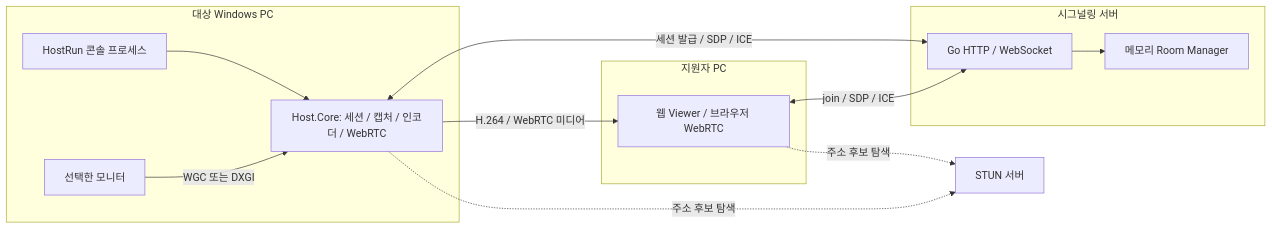
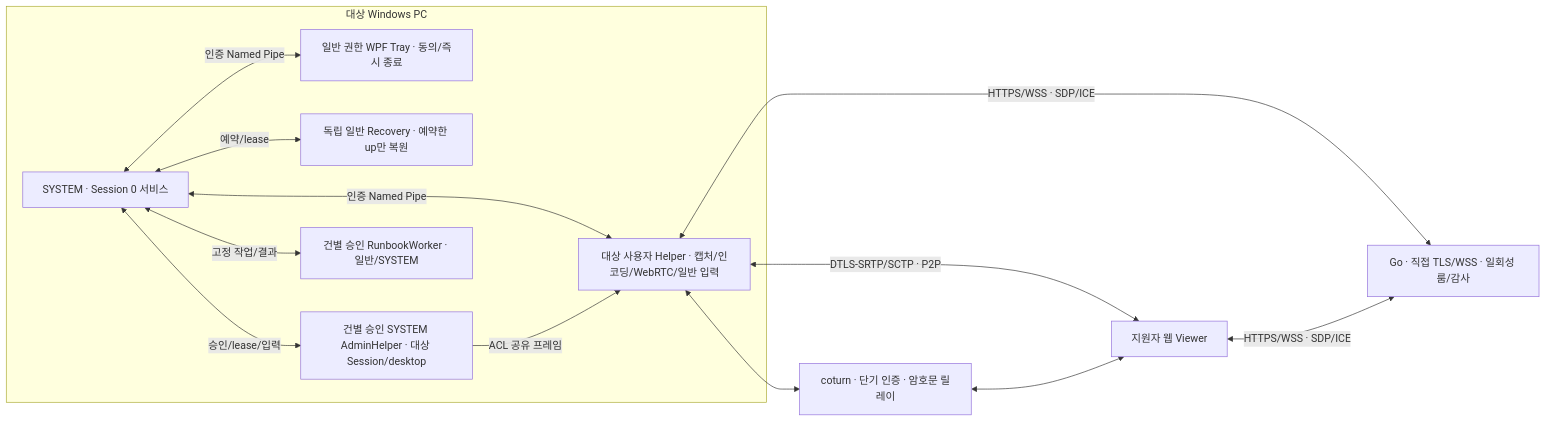
One commit to jacking75/KnockHB changed the diagram in docs/architecture.md. Above: the diagram before and after it, drawn with Mermaid. The commit also changed other lines of this file and 116 other files, not shown here.

````diff
--- a/docs/architecture.md
+++ b/docs/architecture.md
@@ -31,24 +7,25 @@
 ```mermaid
 flowchart LR
-    subgraph target["대상 Windows PC"]
-        host["HostRun 콘솔 프로세스"]
-        core["Host.Core: 세션 / 캡처 / 인코더 / WebRTC"]
-        desktop["선택한 모니터"]
-        host --> core
-        desktop -->|"WGC 또는 DXGI"| core
-    end
-    subgraph server["시그널링 서버"]
-        go["Go HTTP / WebSocket"]
-        rooms["메모리 Room Manager"]
-        go --> rooms
-    end
-    subgraph supporter["지원자 PC"]
-        viewer["웹 Viewer / 브라우저 WebRTC"]
-    end
-    stun["STUN 서버"]
-    core <-->|"세션 발급 / SDP / ICE"| go
-    viewer <-->|"join / SDP / ICE"| go
-    core -->|"H.264 / WebRTC 미디어"| viewer
-    core -.->|"주소 후보 탐색"| stun
-    viewer -.->|"주소 후보 탐색"| stun
+ subgraph target["대상 Windows PC"]
+  service["SYSTEM · Session 0 서비스"]
+  tray["일반 권한 WPF Tray · 동의/즉시 종료"]
+  helper["대상 사용자 Helper · 캡처/인코딩/WebRTC/일반 입력"]
+  recovery["독립 일반 Recovery · 예약한 up만 복원"]
+  admin["건별 승인 SYSTEM AdminHelper · 대상 Session/desktop"]
+  book["건별 승인 RunbookWorker · 일반/SYSTEM"]
+  service <-->|"인증 Named Pipe"| tray
+  service <-->|"인증 Named Pipe"| helper
+  service <-->|"예약/lease"| recovery
+  service <-->|"승인/lease/입력"| admin
+  service <-->|"고정 작업/결과"| book
+  admin -->|"ACL 공유 프레임"| helper
+ end
+ go["Go · 직접 TLS/WSS · 일회성 룸/감사"]
+ turn["coturn · 단기 인증 · 암호문 릴레이"]
+ viewer["지원자 웹 Viewer"]
+ helper <-->|"HTTPS/WSS · SDP/ICE"| go
+ viewer <-->|"HTTPS/WSS · SDP/ICE"| go
+ helper <-->|"DTLS-SRTP/SCTP · P2P"| viewer
+ helper <--> turn
+ turn <--> viewer
 ```
````
